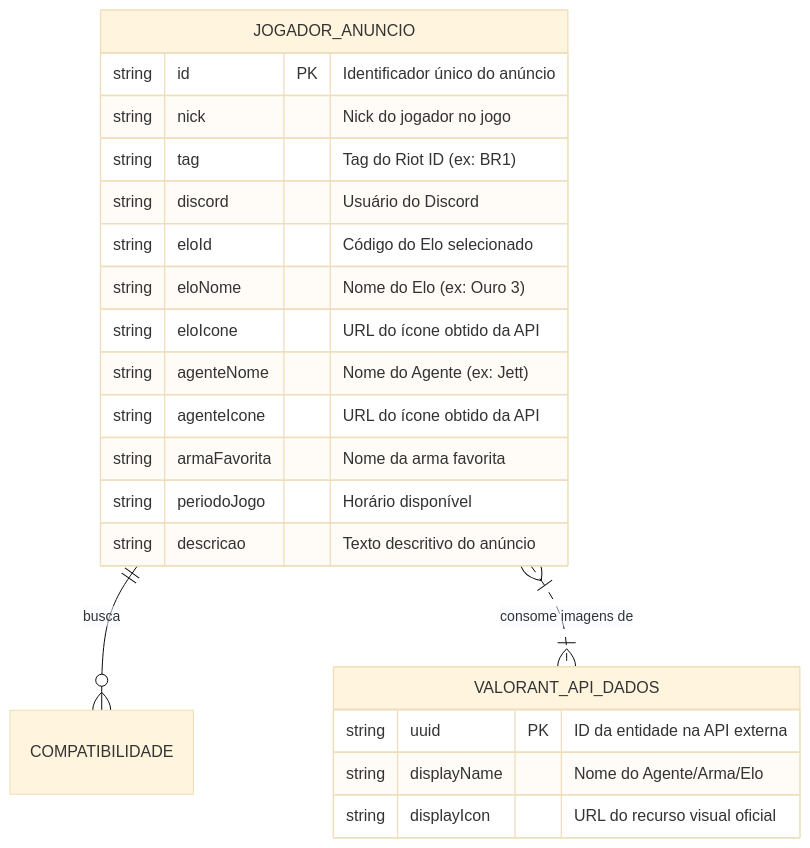
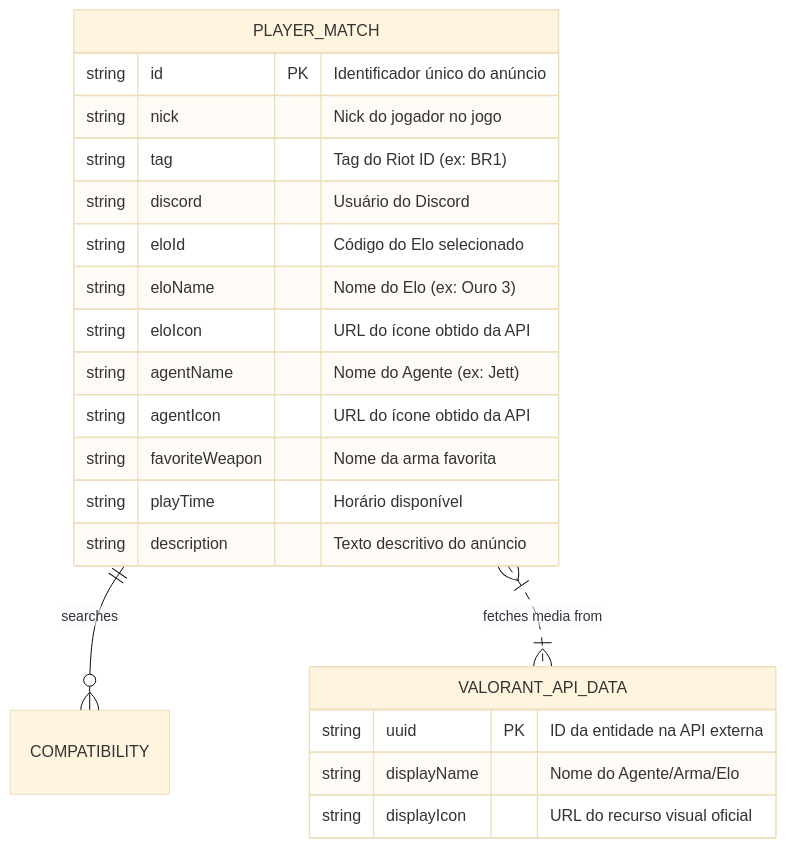
One commit to luiz-ansiliero/my-match-mates changed the diagram in docs/architecture.md. Above: the diagram before and after it, drawn with Mermaid (base theme). The commit also changed other lines of this file, not shown here.

Commit message:
Mermaid diagram correction, ids now in english;

````diff
--- a/docs/architecture.md
+++ b/docs/architecture.md
@@ -11,26 +13,26 @@
 ```mermaid
 erDiagram
-    JOGADOR_ANUNCIO ||--o{ COMPATIBILIDADE : busca
-    JOGADOR_ANUNCIO {
+    PLAYER_MATCH ||--o{ COMPATIBILITY : searches
+    PLAYER_MATCH {
         string id PK "Identificador único do anúncio"
         string nick "Nick do jogador no jogo"
         string tag "Tag do Riot ID (ex: BR1)"
         string discord "Usuário do Discord"
         string eloId "Código do Elo selecionado"
-        string eloNome "Nome do Elo (ex: Ouro 3)"
-        string eloIcone "URL do ícone obtido da API"
-        string agenteNome "Nome do Agente (ex: Jett)"
-        string agenteIcone "URL do ícone obtido da API"
-        string armaFavorita "Nome da arma favorita"
-        string periodoJogo "Horário disponível"
-        string descricao "Texto descritivo do anúncio"
+        string eloName "Nome do Elo (ex: Ouro 3)"
+        string eloIcon "URL do ícone obtido da API"
+        string agentName "Nome do Agente (ex: Jett)"
+        string agentIcon "URL do ícone obtido da API"
+        string favoriteWeapon "Nome da arma favorita"
+        string playTime "Horário disponível"
+        string description "Texto descritivo do anúncio"
     }
 
-    VALORANT_API_DADOS {
+    VALORANT_API_DATA {
         string uuid PK "ID da entidade na API externa"
         string displayName "Nome do Agente/Arma/Elo"
         string displayIcon "URL do recurso visual oficial"
     }
 
-    JOGADOR_ANUNCIO }|..|{ VALORANT_API_DADOS : "consome imagens de"
+    PLAYER_MATCH }|..|{ VALORANT_API_DATA : "fetches media from"
 ```
````
